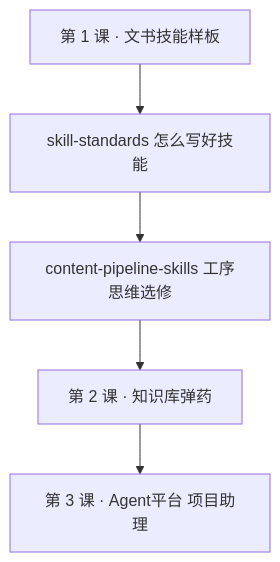
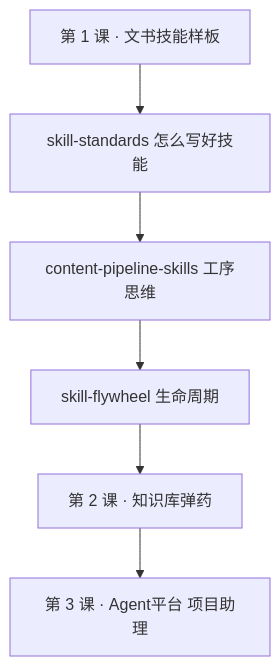
The second of 2 diagrams in part-01-skill/content-pipeline-skills.md (AlataChan/yuangongyiaicourse), drawn with Mermaid before and after one commit. The commit also changed other lines of this file and 9 other files, not shown here.

First line of the commit message:
新增 skill_flywheel 生命周期章节，统一去掉选修表述。

````diff
--- a/part-01-skill/content-pipeline-skills.md
+++ b/part-01-skill/content-pipeline-skills.md
@@ -217,7 +217,8 @@
 ```mermaid
 flowchart TB
   L1[第 1 课 · 文书技能样板] --> L2[skill-standards 怎么写好技能]
-  L2 --> L3[content-pipeline-skills 工序思维选修]
-  L3 --> L4[第 2 课 · 知识库弹药]
+  L2 --> L3[content-pipeline-skills 工序思维]
+  L3 --> L3b[skill-flywheel 生命周期]
+  L3b --> L4[第 2 课 · 知识库弹药]
   L4 --> L5[第 3 课 · Agent平台 项目助理]
 ```
````
